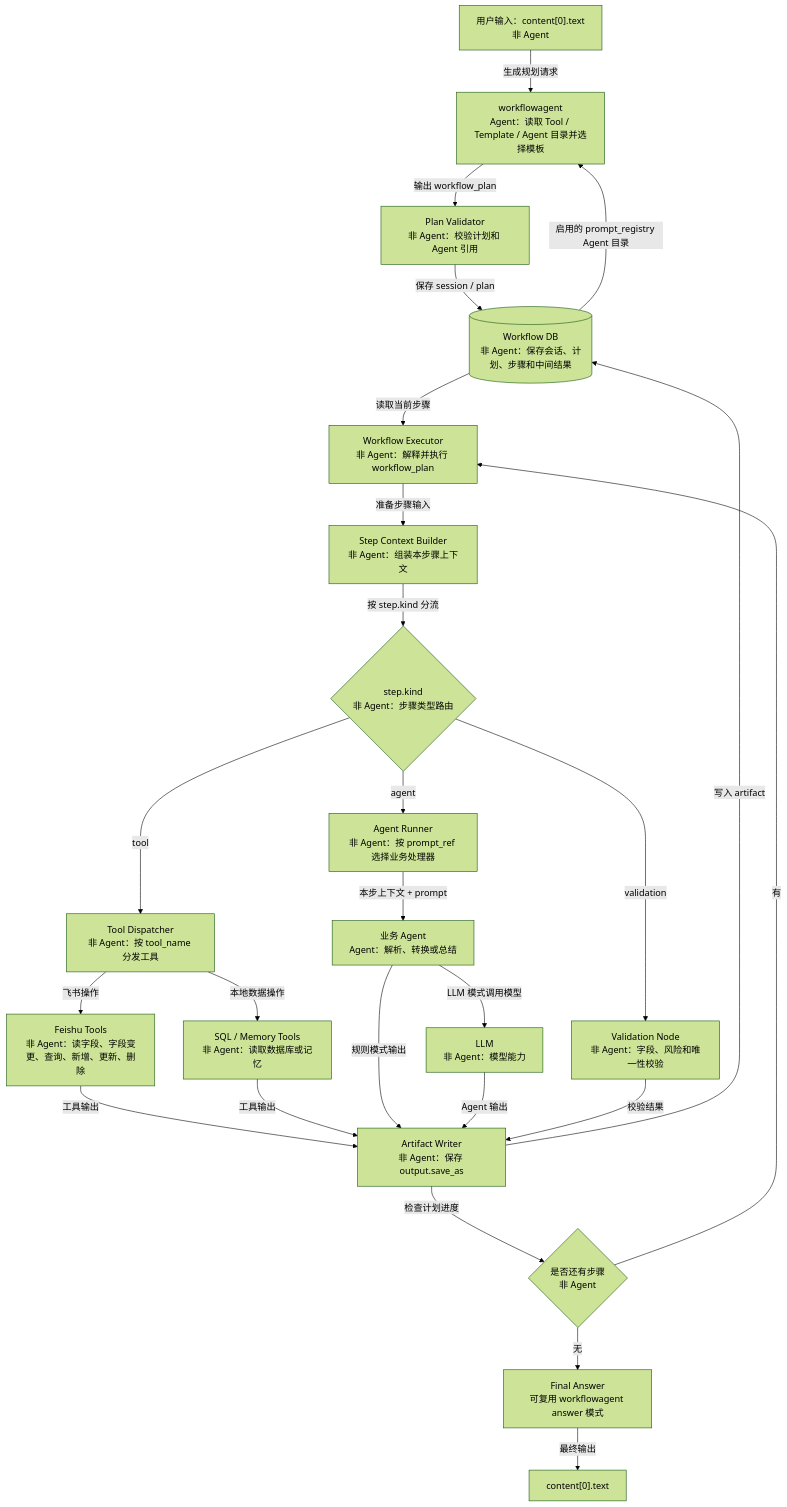
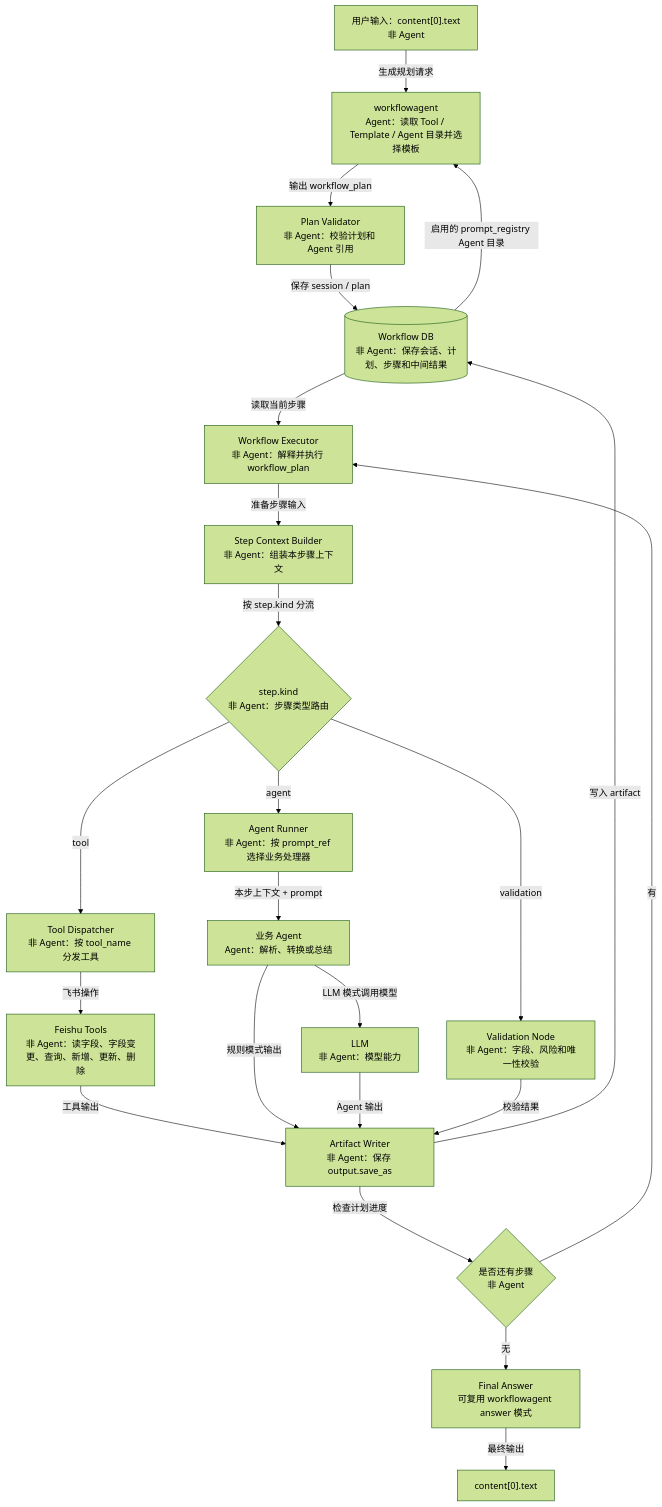
One commit to 246706510miao-svg/for-mygirl changed the diagram in third/docs/workflowagent-graph.md. Above: the diagram before and after it, drawn with Mermaid (forest theme). The commit also changed other lines of this file and 28 other files, not shown here.

````diff
--- a/third/docs/workflowagent-graph.md
+++ b/third/docs/workflowagent-graph.md
@@ -7,35 +7,33 @@
 ```mermaid
 flowchart TD
     U["用户输入：content[0].text<br/>非 Agent"] -->|"生成规划请求"| W["workflowagent<br/>Agent：读取 Tool / Template / Agent 目录并选择模板"]
 
     DB -->|"启用的 prompt_registry Agent 目录"| W
     W -->|"输出 workflow_plan"| PV["Plan Validator<br/>非 Agent：校验计划和 Agent 引用"]
     PV -->|"保存 session / plan"| DB[("Workflow DB<br/>非 Agent：保存会话、计划、步骤和中间结果")]
 
     DB -->|"读取当前步骤"| EX["Workflow Executor<br/>非 Agent：解释并执行 workflow_plan"]
     EX -->|"准备步骤输入"| CB["Step Context Builder<br/>非 Agent：组装本步骤上下文"]
 
     CB -->|"按 step.kind 分流"| R{"step.kind<br/>非 Agent：步骤类型路由"}
 
     R -->|"tool"| TD["Tool Dispatcher<br/>非 Agent：按 tool_name 分发工具"]
     R -->|"agent"| AR["Agent Runner<br/>非 Agent：按 prompt_ref 选择业务处理器"]
     R -->|"validation"| VA["Validation Node<br/>非 Agent：字段、风险和唯一性校验"]
 
     AR -->|"本步上下文 + prompt"| BA["业务 Agent<br/>Agent：解析、转换或总结"]
     BA -->|"LLM 模式调用模型"| LLM["LLM<br/>非 Agent：模型能力"]
 
     TD -->|"飞书操作"| FT["Feishu Tools<br/>非 Agent：读字段、字段变更、查询、新增、更新、删除"]
-    TD -->|"本地数据操作"| ST["SQL / Memory Tools<br/>非 Agent：读取数据库或记忆"]
 
     FT -->|"工具输出"| SAVE["Artifact Writer<br/>非 Agent：保存 output.save_as"]
-    ST -->|"工具输出"| SAVE
     BA -->|"规则模式输出"| SAVE
     LLM -->|"Agent 输出"| SAVE
     VA -->|"校验结果"| SAVE
 
     SAVE -->|"写入 artifact"| DB
     SAVE -->|"检查计划进度"| NEXT{"是否还有步骤<br/>非 Agent"}
     NEXT -->|"有"| EX
     NEXT -->|"无"| FA["Final Answer<br/>可复用 workflowagent answer 模式"]
     FA -->|"最终输出"| OUT["content[0].text"]
 ```
````
